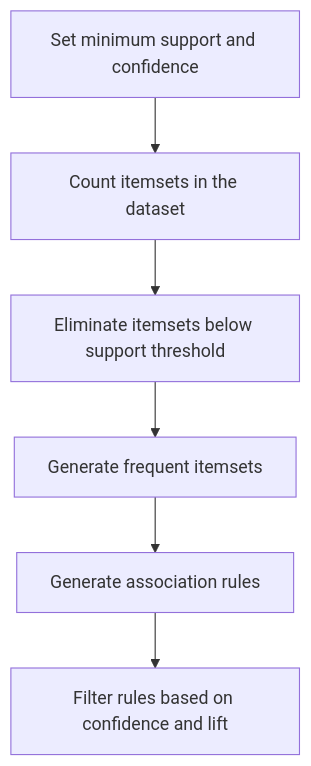
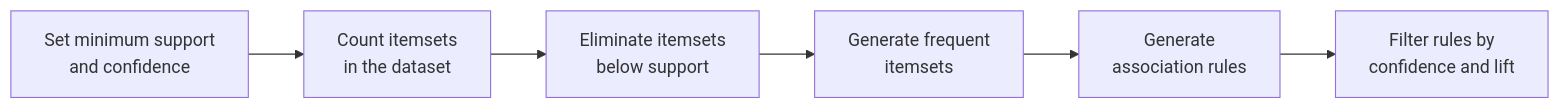
Before and after one commit to SureshAmal/learnmaker: the eighth of 14 diagrams in ml-course/unit-3.md, drawn with Mermaid. The commit also changed other lines of this file and 668 other files, not shown here.

````diff
--- a/ml-course/unit-3.md
+++ b/ml-course/unit-3.md
@@ -246,8 +453,8 @@
 ```mermaid
-flowchart TD
-    A["Set minimum support and confidence"] --> B["Count itemsets in the dataset"]
-    B --> C["Eliminate itemsets below support threshold"]
-    C --> D["Generate frequent itemsets"]
-    D --> E["Generate association rules"]
-    E --> F["Filter rules based on confidence and lift"]
+flowchart LR
+    A["Set minimum support<br/>and confidence"] --> B["Count itemsets<br/>in the dataset"]
+    B --> C["Eliminate itemsets<br/>below support"]
+    C --> D["Generate frequent<br/>itemsets"]
+    D --> E["Generate<br/>association rules"]
+    E --> F["Filter rules by<br/>confidence and lift"]
 ```
````
